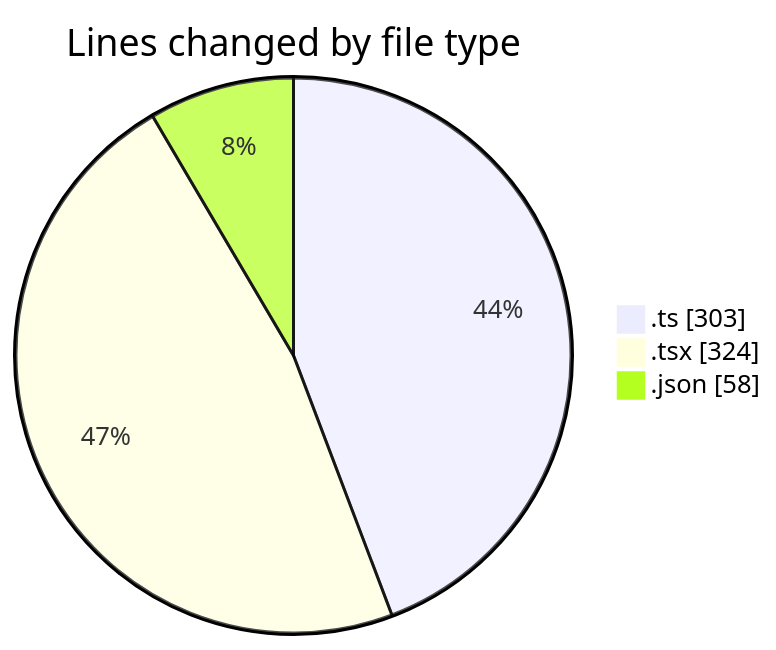
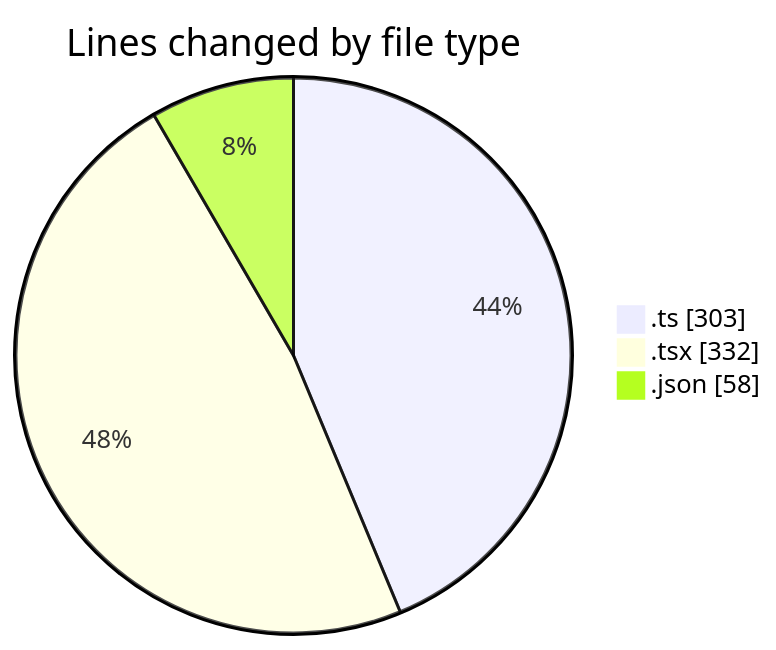
Before and after one commit to julien-gomy/code-tracking: the first of 2 diagrams in 2025-11-24/eventscop-frontend-guide__workspace_/README.md, drawn with Mermaid. The commit also changed other lines of this file and 1 other file, not shown here.

````diff
--- a/2025-11-24/eventscop-frontend-guide__workspace_/README.md
+++ b/2025-11-24/eventscop-frontend-guide__workspace_/README.md
@@ -31,7 +31,7 @@
 ```mermaid
 pie showData
 title Lines changed by file type
 ".ts" : 303
-".tsx" : 324
+".tsx" : 332
 ".json" : 58
 ```
````
